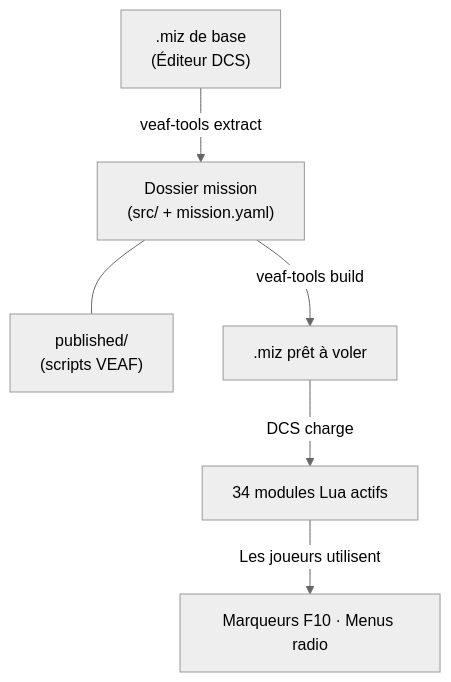
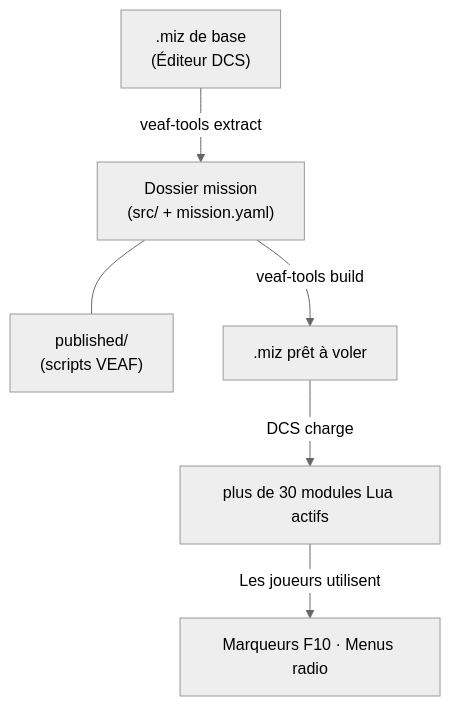
Before and after one commit to VEAF/VEAF-Mission-Creation-Tools: the diagram in doc/index.md, drawn with Mermaid (neutral theme). The commit also changed other lines of this file and 43 other files, not shown here.

````diff
--- a/doc/index.md
+++ b/doc/index.md
@@ -21,8 +21,8 @@
 ```mermaid
 flowchart TD
     A[".miz de base\n(Éditeur DCS)"] -->|veaf-tools extract| B["Dossier mission\n(src/ + mission.yaml)"]
     B --- C["published/\n(scripts VEAF)"]
     B -->|veaf-tools build| D[".miz prêt à voler"]
-    D -->|DCS charge| E["34 modules Lua actifs"]
+    D -->|DCS charge| E["plus de 30 modules Lua actifs"]
     E -->|Les joueurs utilisent| F["Marqueurs F10 · Menus radio"]
 ```
````
